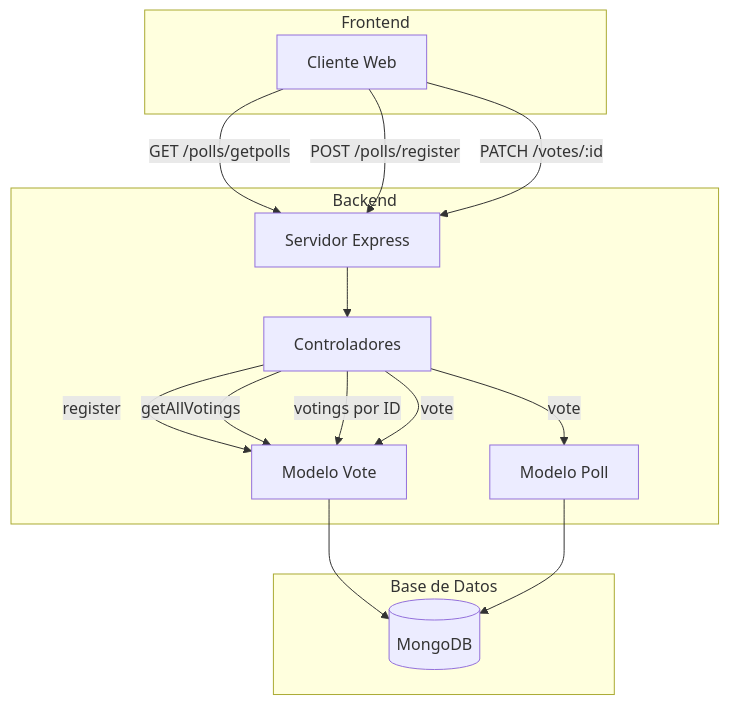
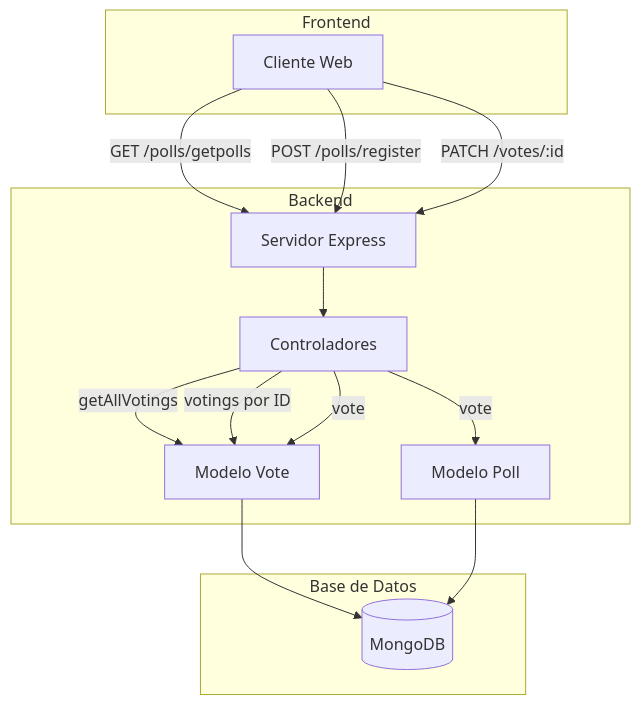
One commit to Tomas-crypto14/Proyecto-Backend-Tomas-Ruben-Joaquim changed the diagram in README.md. Above: the diagram before and after it, drawn with Mermaid.

Commit message:
Readme.md Mermaid

````diff
--- a/README.md
+++ b/README.md
@@ -1,31 +1,31 @@
 ```mermaid
 graph TD
     A[Cliente Web] -->|GET /polls/getpolls| B[Servidor Express]
     A -->|POST /polls/register| B
     A -->|PATCH /votes/:id| B
 
     B --> C[Controladores]
-    C -->|register| D[Modelo Vote]
+    D[Modelo Vote]
     C -->|getAllVotings| D
     C -->|"votings por ID"| D
     C -->|vote| D
     C -->|vote| E[Modelo Poll]
 
     D --> F[(MongoDB)]
     E --> F
 
     subgraph Frontend
         A
     end
 
     subgraph Backend
         B
         C
         D
         E
     end
 
     subgraph Base de Datos
     F
     end
 ```
````
